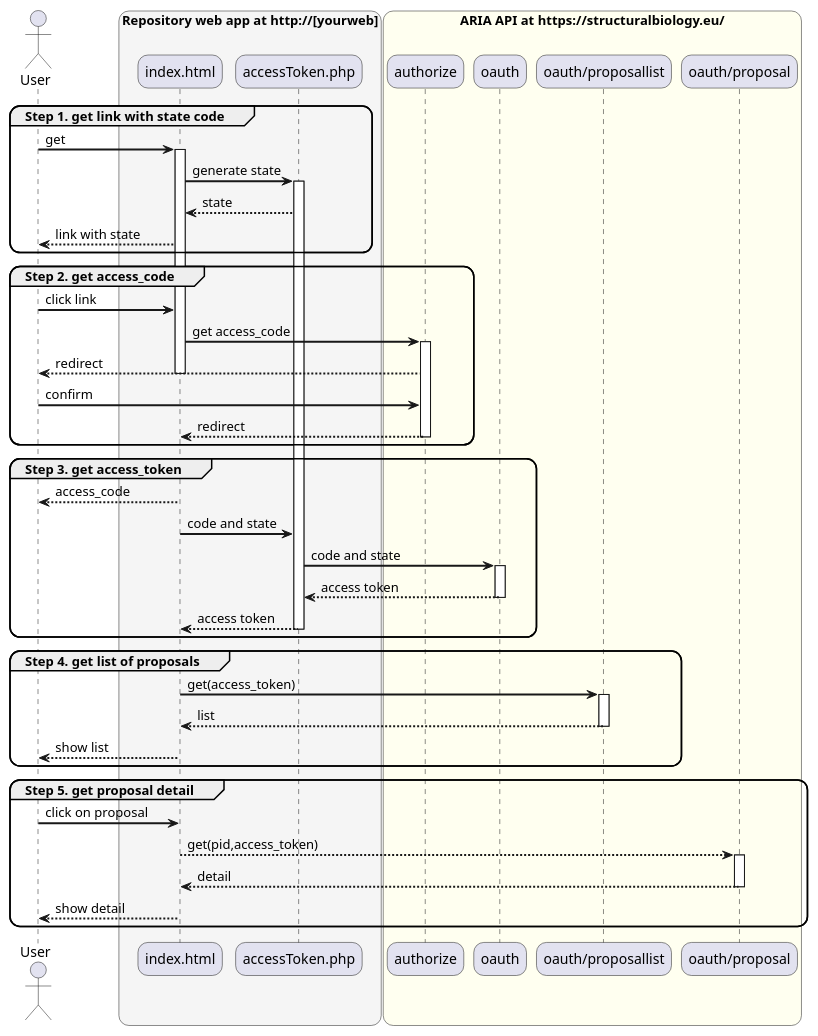
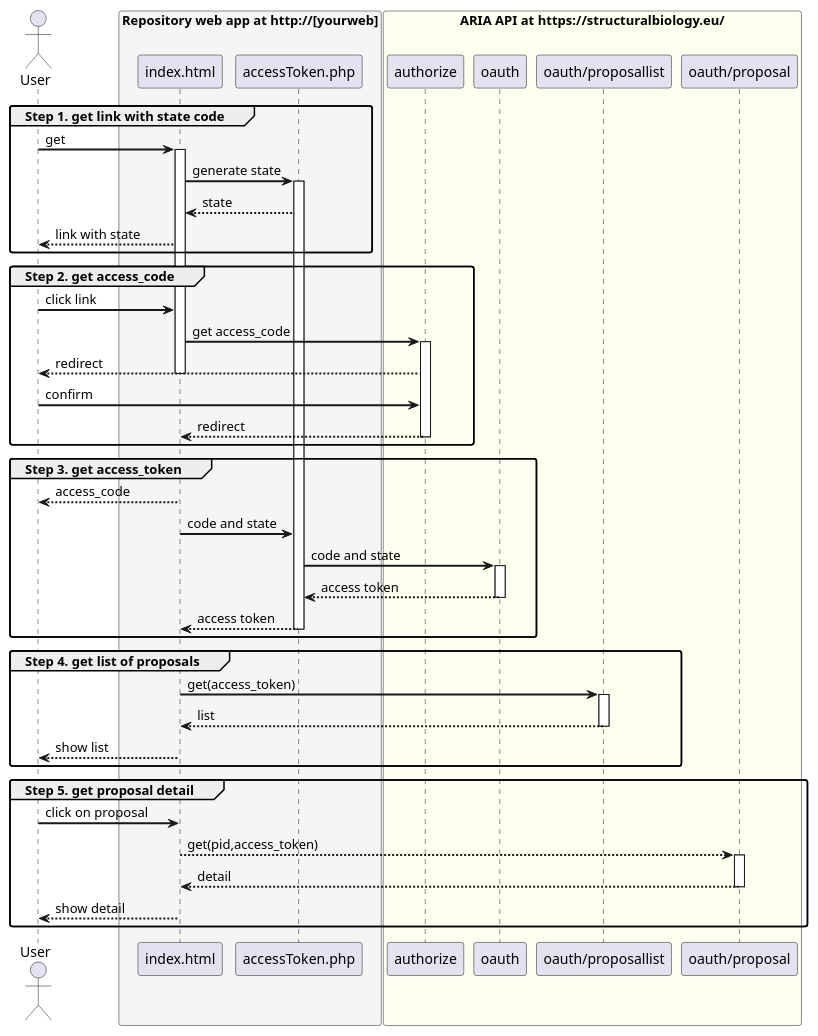
Before and after one commit to h2020-westlife-eu/westlife-docs: the diagram in repository/developers-guide/aria-integration.md, drawn with PlantUML.

Commit message:
Updates repository/developers-guide/aria-integration.md
Auto commit by GitBook Editor

```diff
--- a/repository/developers-guide/aria-integration.md
+++ b/repository/developers-guide/aria-integration.md
@@ -11,60 +11,60 @@
 {% plantuml %}
 skinparam sequenceArrowThickness 2
-skinparam roundcorner 20
+skinparam roundcorner 5
 
 actor User
 box "Repository web app at http://[yourweb]" #WhiteSmoke
   participant "index.html" as index
   participant "accessToken.php" as php
 end box
 box "ARIA API at https://structuralbiology.eu/" #Ivory
 participant "authorize" as authorize
 participant "oauth" as oauth
 participant "oauth/proposallist" as list
 participant "oauth/proposal" as proposal
 end box
 group Step 1. get link with state code
   User -> index: get
   activate index
   index -> php: generate state
   activate php
   php --> index: state
   index --> User: link with state
 end
 group Step 2. get access_code
   User -> index: click link
   index -> authorize: get access_code
   activate authorize
   authorize --> User: redirect
   deactivate index
   User -> authorize: confirm 
   authorize --> index: redirect
   deactivate authorize
 end
 group Step 3. get access_token
   activate index
   index --> User: access_code
   index -> php: code and state
   php -> oauth: code and state
   activate oauth
   oauth --> php: access token
   deactivate oauth
   php --> index: access token
   deactivate php
 end
 group Step 4. get list of proposals
   index -> list: get(access_token)
   activate list
   list --> index: list
   deactivate list
   index --> User: show list
 end
 group Step 5. get proposal detail
   User -> index: click on proposal
   index --> proposal: get(pid,access_token)
   activate proposal
   proposal --> index: detail
   deactivate proposal
   index --> User: show detail
 end
 {% endplantuml %}
```
